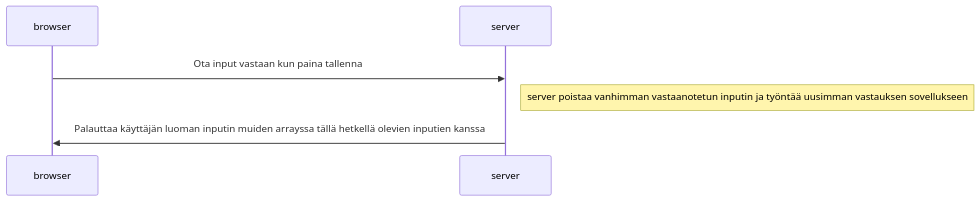
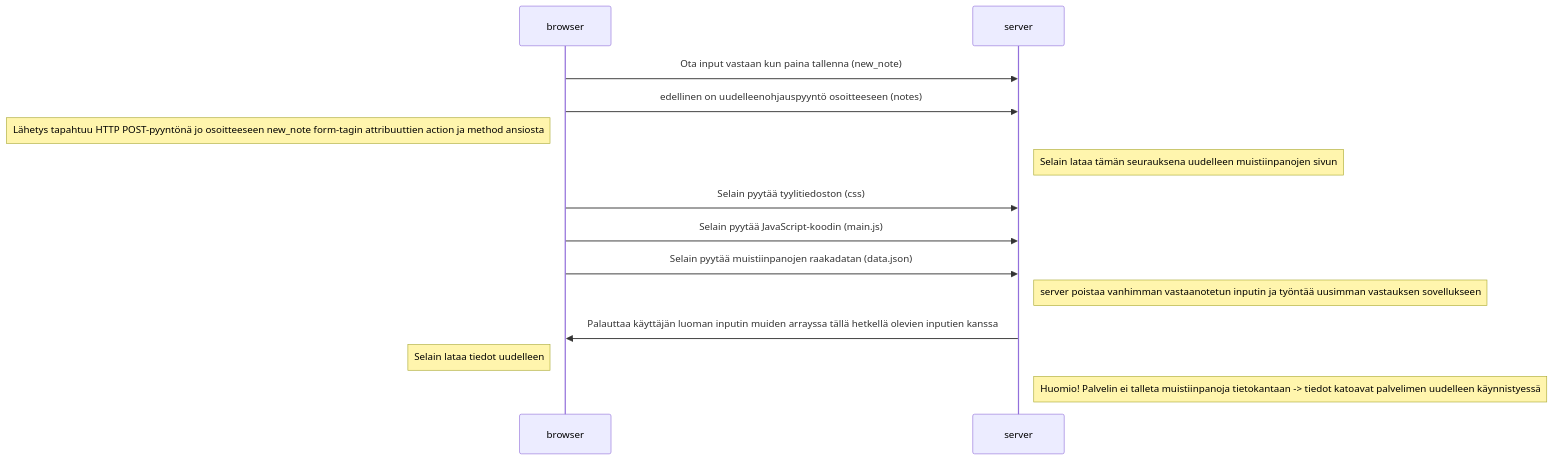
The diagram in Tehtävä 4.md (ManariaFI/Fullstack-Open-osa-0), drawn with Mermaid before and after one commit. The commit also changed 2 other files, not shown here.

Commit message:
Viimeisteltyjen tehtävien palautus

````diff
--- a/Tehtävä 4.md
+++ b/Tehtävä 4.md
@@ -1,9 +1,17 @@
 ```mermaid
 sequenceDiagram
 	participant browser
 	participant server
 	
-	browser->>server: Ota input vastaan kun paina tallenna
+	browser->>server: Ota input vastaan kun paina tallenna (new_note)
+	browser->>server: edellinen on uudelleenohjauspyyntö osoitteeseen (notes)
+	Note left of browser: Lähetys tapahtuu HTTP POST-pyyntönä jo osoitteeseen new_note form-tagin attribuuttien action ja method ansiosta
+	Note right of server: Selain lataa tämän seurauksena uudelleen muistiinpanojen sivun
+	browser->>server: Selain pyytää tyylitiedoston (css)
+	browser->>server: Selain pyytää JavaScript-koodin (main.js)
+	browser->>server: Selain pyytää muistiinpanojen raakadatan (data.json)
 	Note right of server: server poistaa vanhimman vastaanotetun inputin ja työntää uusimman vastauksen sovellukseen
 	server->>browser: Palauttaa käyttäjän luoman inputin muiden arrayssa tällä hetkellä olevien inputien kanssa
+	Note left of browser: Selain lataa tiedot uudelleen
+	Note right of server: Huomio! Palvelin ei talleta muistiinpanoja tietokantaan -> tiedot katoavat palvelimen uudelleen käynnistyessä
 ```
````
